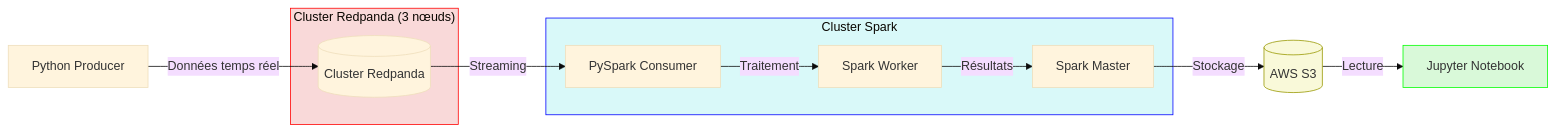
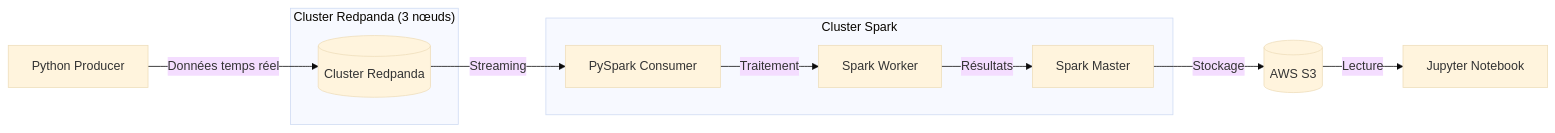
The diagram in README.md (yanggautier/Stream_process_pipeline), drawn with Mermaid (base theme) before and after one commit. The commit also changed 1 other file, not shown here.

````diff
--- a/README.md
+++ b/README.md
@@ -19,22 +19,17 @@
 ```mermaid
 flowchart LR
     P[Python Producer] -->|Données temps réel| R[(Cluster Redpanda)]
     subgraph Redpanda["Cluster Redpanda (3 nœuds)"]
         R
     end
     
     R -->|Streaming| S[PySpark Consumer]
     
     subgraph Spark["Cluster Spark"]
         S -->|Traitement| SP[Spark Worker]
         SP -->|Résultats| SS[Spark Master]
     end
     
     SS -->|Stockage| AWS[(AWS S3)]
     AWS -->|Lecture| J[Jupyter Notebook]
-    
-    style Redpanda fill:#f9d9d9,stroke:#ff0000
-    style Spark fill:#d9f9f9,stroke:#0000ff
-    style AWS fill:#f9f9d9,stroke:#999900
-    style J fill:#d9f9d9,stroke:#00ff00
 ```
````
